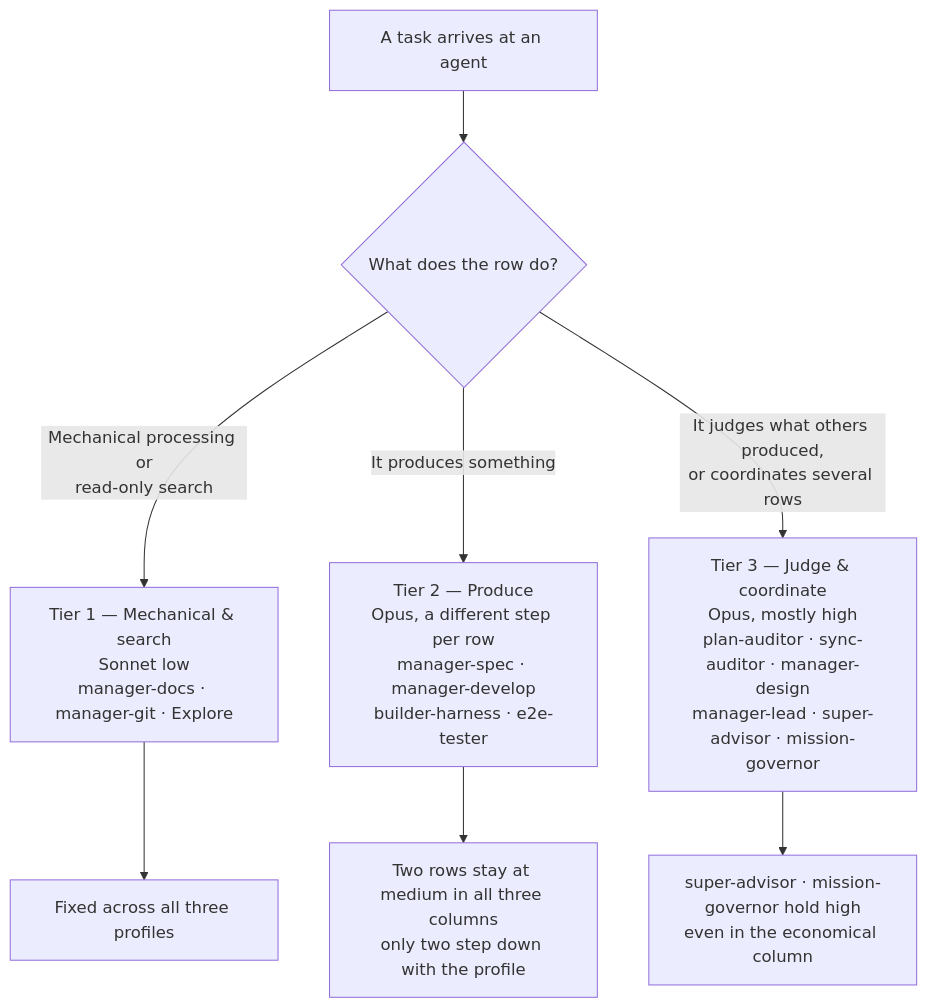
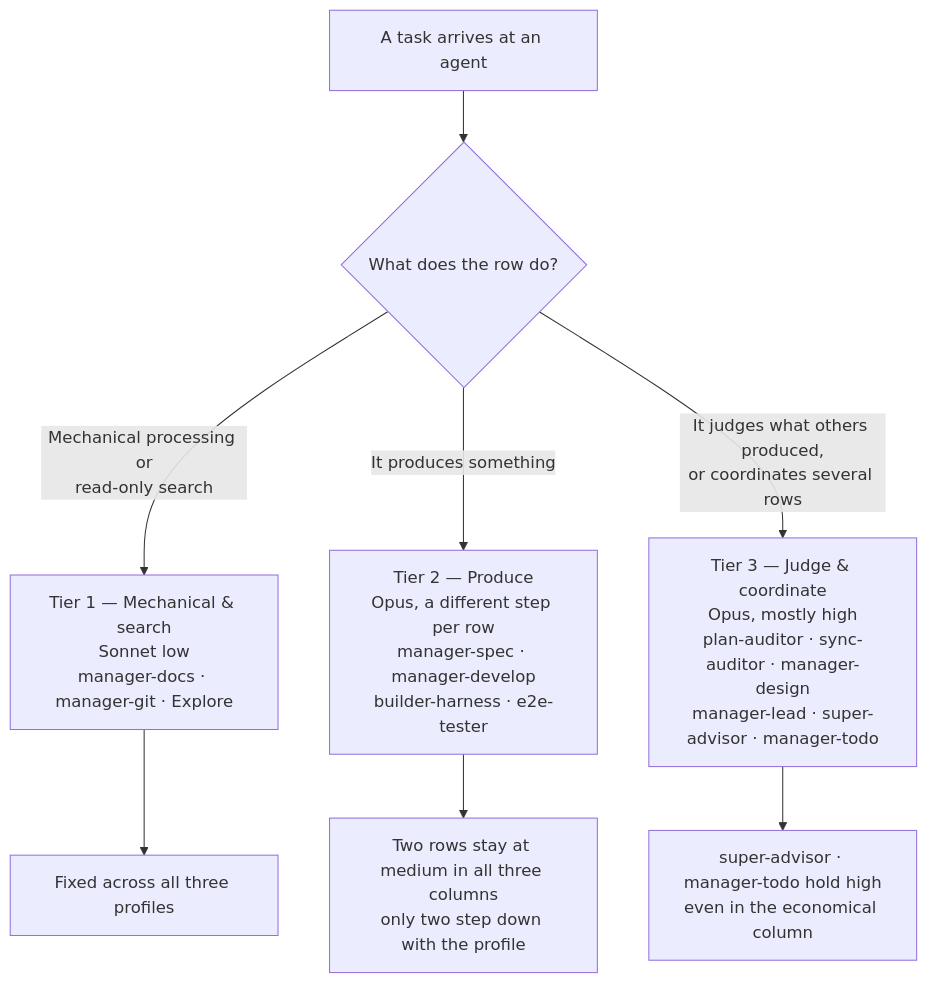
Before and after one commit to modu-ai/moai-adk: the second of 2 diagrams in docs-site/content/en/advanced/no-haiku-3tier.md, drawn with Mermaid. The commit also changed other lines of this file and 33 other files, not shown here.

First line of the commit message:
docs(SPEC-MANAGER-TODO-001): M5 docs-site manager-todo refresh + run-phase evidence (card t1306)

````diff
--- a/docs-site/content/en/advanced/no-haiku-3tier.md
+++ b/docs-site/content/en/advanced/no-haiku-3tier.md
@@ -77,15 +77,15 @@
 ```mermaid
 flowchart TD
     START["A task arrives at an agent"] --> Q{"What does the row do?"}
     Q -- "Mechanical processing or\nread-only search" --> T1
     Q -- "It produces something" --> T2
     Q -- "It judges what others produced,\nor coordinates several rows" --> T3
 
     T1["Tier 1 — Mechanical & search<br/>Sonnet low<br/>manager-docs · manager-git · Explore"]
     T2["Tier 2 — Produce<br/>Opus, a different step per row<br/>manager-spec · manager-develop<br/>builder-harness · e2e-tester"]
-    T3["Tier 3 — Judge & coordinate<br/>Opus, mostly high<br/>plan-auditor · sync-auditor · manager-design<br/>manager-lead · super-advisor · mission-governor"]
+    T3["Tier 3 — Judge & coordinate<br/>Opus, mostly high<br/>plan-auditor · sync-auditor · manager-design<br/>manager-lead · super-advisor · manager-todo"]
 
     T1 --> NOTE["Fixed across all three profiles"]
     T2 --> NOTE2["Two rows stay at medium in all three columns<br/>only two step down with the profile"]
-    T3 --> NOTE3["super-advisor · mission-governor hold high<br/>even in the economical column"]
+    T3 --> NOTE3["super-advisor · manager-todo hold high<br/>even in the economical column"]
 ```
````
